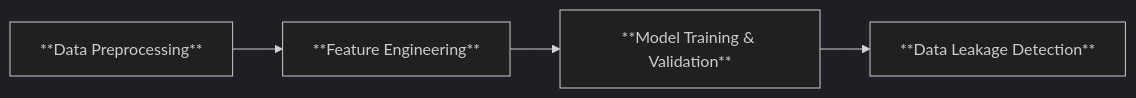
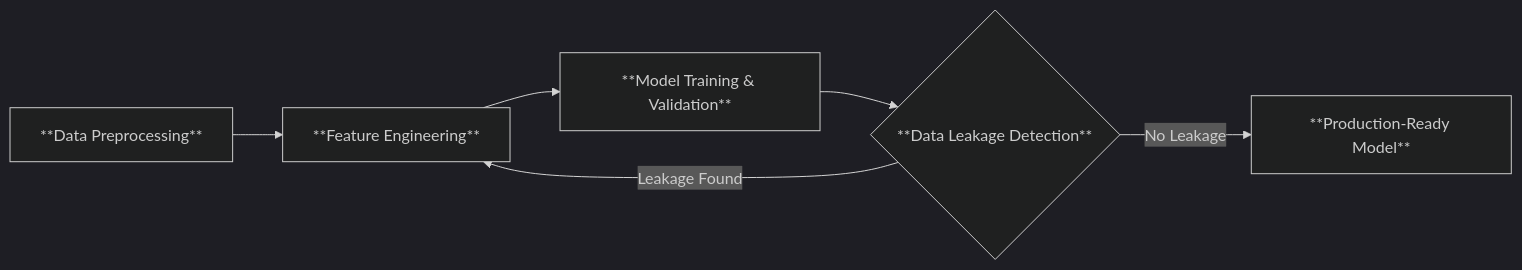
Before and after one commit to Lazy-Dr1ft3r/AQI-Predictor: the diagram in README.md, drawn with Mermaid (dark theme). The commit also changed other lines of this file, not shown here.

````diff
--- a/README.md
+++ b/README.md
@@ -42,9 +42,12 @@
 ```mermaid
 flowchart LR
     A[**Data Preprocessing**] 
     B[**Feature Engineering**]
     C[**Model Training & Validation**]
-    D[**Data Leakage Detection**]
+    D{**Data Leakage Detection**}
+    E[**Production-Ready Model**]
     
     A --> B --> C --> D
+    D -->|Leakage Found| B
+    D -->|No Leakage| E
 ```
````
